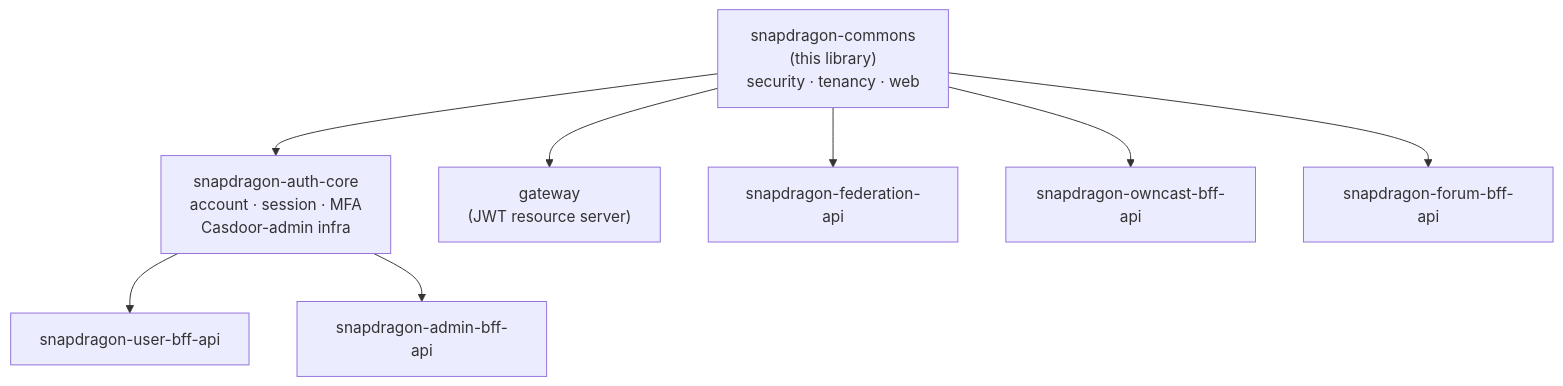
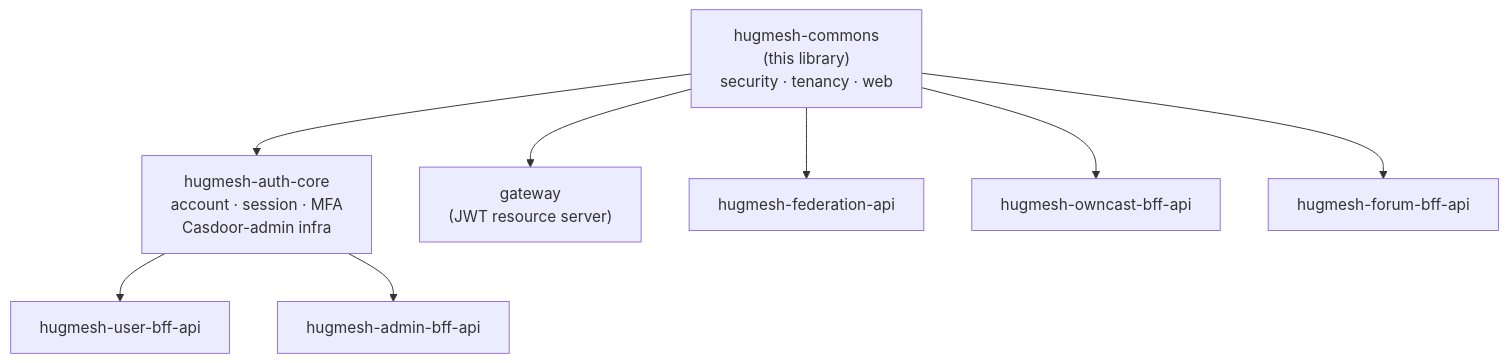
The first of 2 diagrams in README.md (hugmesh/hugmesh-commons), drawn with Mermaid before and after one commit. The commit also changed other lines of this file and 44 other files, not shown here.

````diff
--- a/README.md
+++ b/README.md
@@ -19,19 +19,19 @@
 ```mermaid
 flowchart TB
-    commons["snapdragon-commons\n(this library)\nsecurity · tenancy · web"]
-    auth_core["snapdragon-auth-core\naccount · session · MFA\nCasdoor-admin infra"]
+    commons["hugmesh-commons\n(this library)\nsecurity · tenancy · web"]
+    auth_core["hugmesh-auth-core\naccount · session · MFA\nCasdoor-admin infra"]
     gateway["gateway\n(JWT resource server)"]
-    federation["snapdragon-federation-api"]
-    user_bff["snapdragon-user-bff-api"]
-    admin_bff["snapdragon-admin-bff-api"]
-    owncast_bff["snapdragon-owncast-bff-api"]
-    forum_bff["snapdragon-forum-bff-api"]
+    federation["hugmesh-federation-api"]
+    user_bff["hugmesh-user-bff-api"]
+    admin_bff["hugmesh-admin-bff-api"]
+    owncast_bff["hugmesh-owncast-bff-api"]
+    forum_bff["hugmesh-forum-bff-api"]
 
     commons --> auth_core
     commons --> gateway
     commons --> federation
     commons --> owncast_bff
     commons --> forum_bff
     auth_core --> user_bff
     auth_core --> admin_bff
 ```
````
